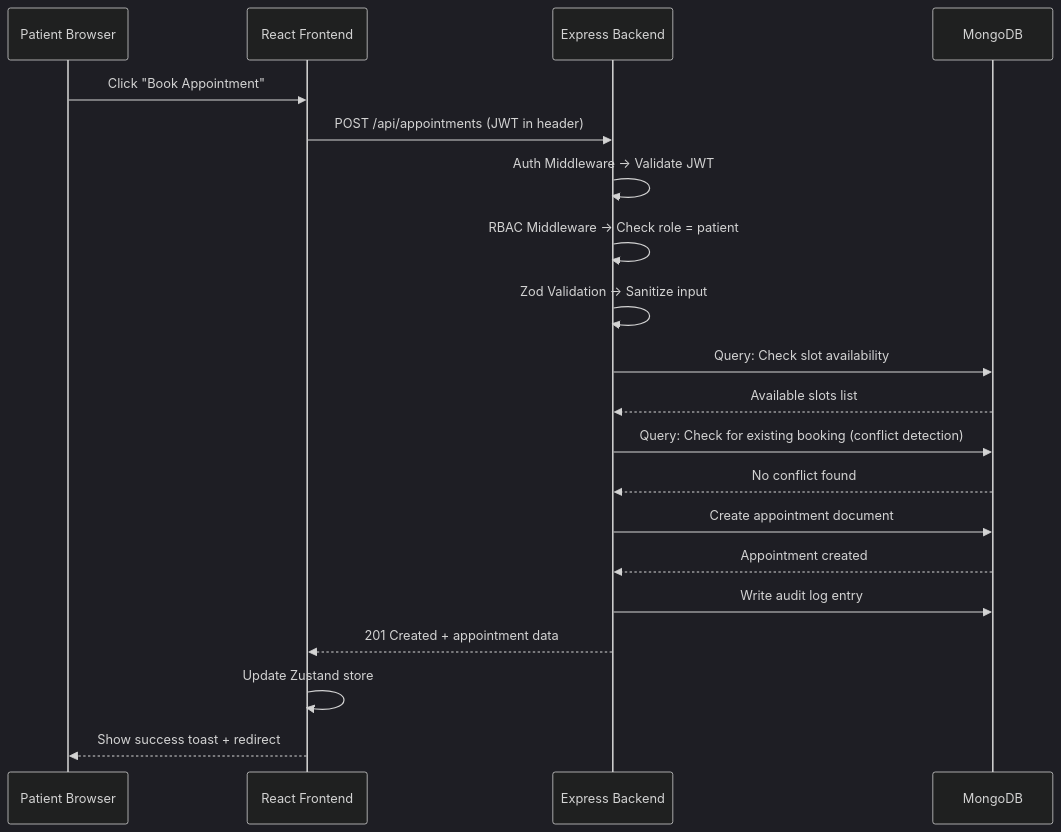
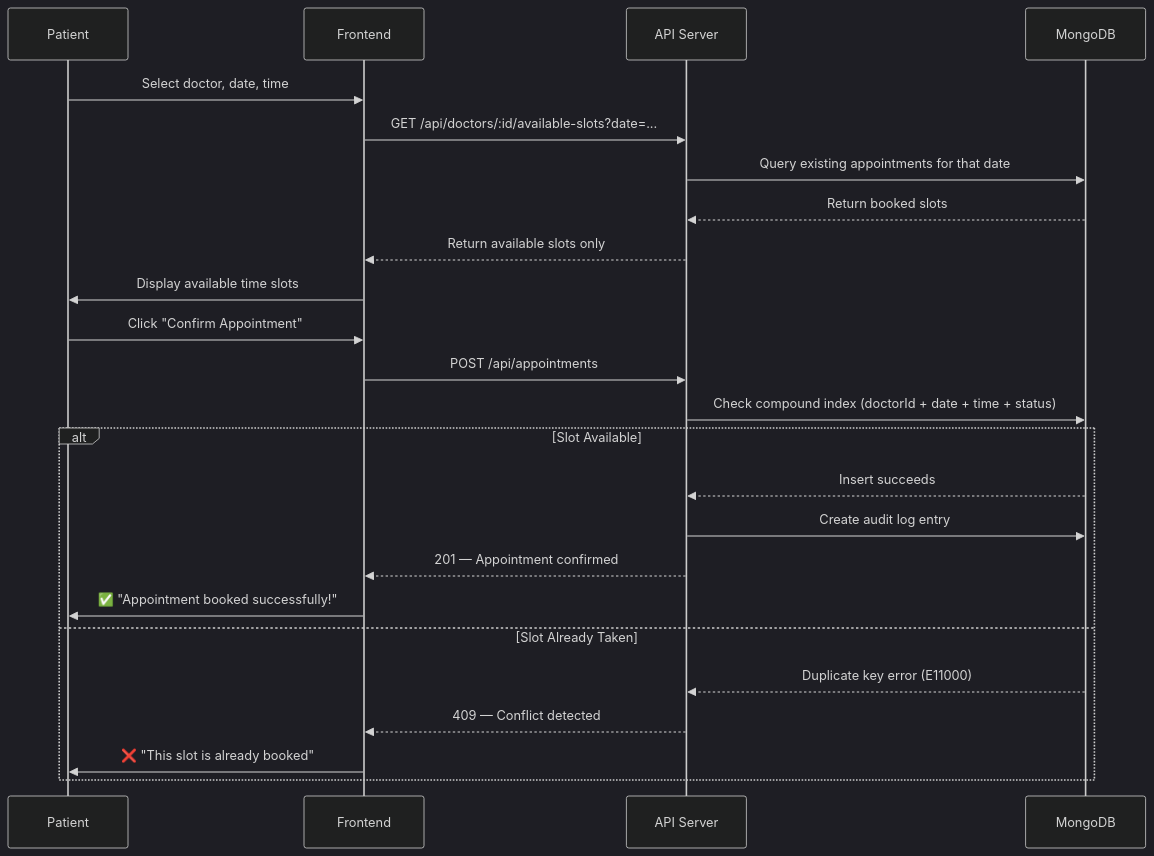
Before and after one commit to Sarika-stack23/Healthcare-booking-platform: the second of 3 diagrams in Readme.md, drawn with Mermaid (dark theme). The commit also changed other lines of this file, not shown here.

````diff
--- a/Readme.md
+++ b/Readme.md
@@ -86,23 +108,29 @@
 ```mermaid
 sequenceDiagram
-    participant P as Patient Browser
-    participant F as React Frontend
-    participant B as Express Backend
-    participant M as MongoDB
+    participant P as Patient
+    participant F as Frontend
+    participant A as API Server
+    participant D as MongoDB
 
-    P->>F: Click "Book Appointment"
-    F->>B: POST /api/appointments (JWT in header)
-    B->>B: Auth Middleware → Validate JWT
-    B->>B: RBAC Middleware → Check role = patient
-    B->>B: Zod Validation → Sanitize input
-    B->>M: Query: Check slot availability
-    M-->>B: Available slots list
-    B->>M: Query: Check for existing booking (conflict detection)
-    M-->>B: No conflict found
-    B->>M: Create appointment document
-    M-->>B: Appointment created
-    B->>M: Write audit log entry
-    B-->>F: 201 Created + appointment data
-    F->>F: Update Zustand store
-    F-->>P: Show success toast + redirect
+    P->>F: Select doctor, date, time
+    F->>A: GET /api/doctors/:id/available-slots?date=...
+    A->>D: Query existing appointments for that date
+    D-->>A: Return booked slots
+    A-->>F: Return available slots only
+    F->>P: Display available time slots
+
+    P->>F: Click "Confirm Appointment"
+    F->>A: POST /api/appointments
+    A->>D: Check compound index (doctorId + date + time + status)
+    
+    alt Slot Available
+        D-->>A: Insert succeeds
+        A->>D: Create audit log entry
+        A-->>F: 201 — Appointment confirmed
+        F->>P: ✅ "Appointment booked successfully!"
+    else Slot Already Taken
+        D-->>A: Duplicate key error (E11000)
+        A-->>F: 409 — Conflict detected
+        F->>P: ❌ "This slot is already booked"
+    end
 ```
````
